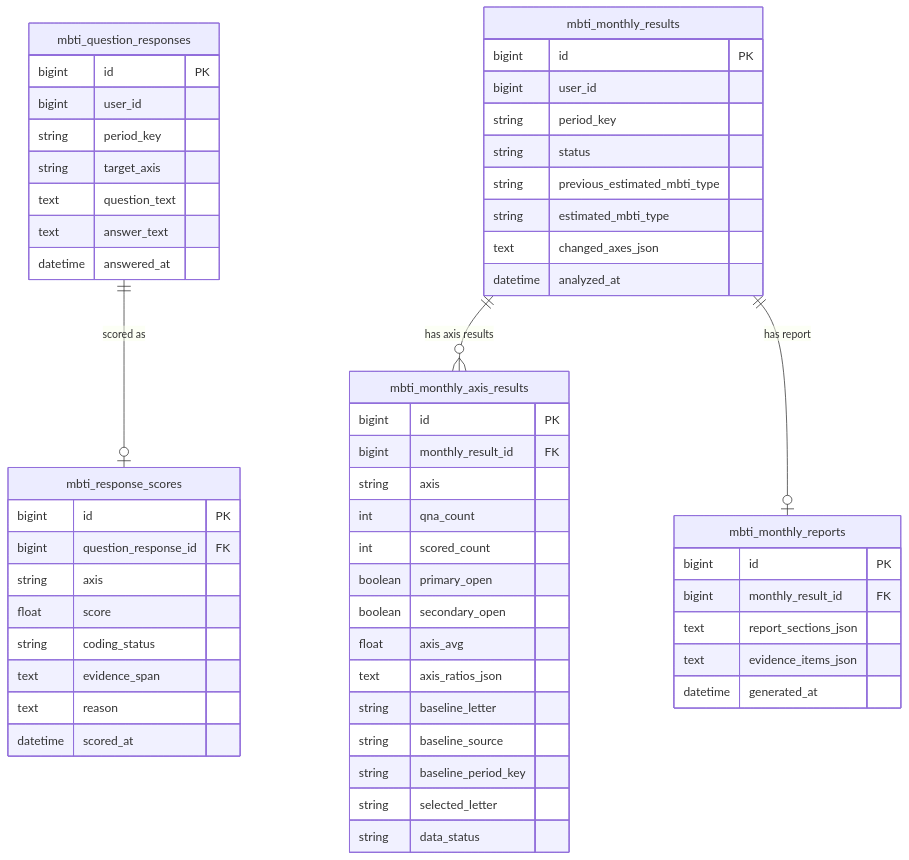
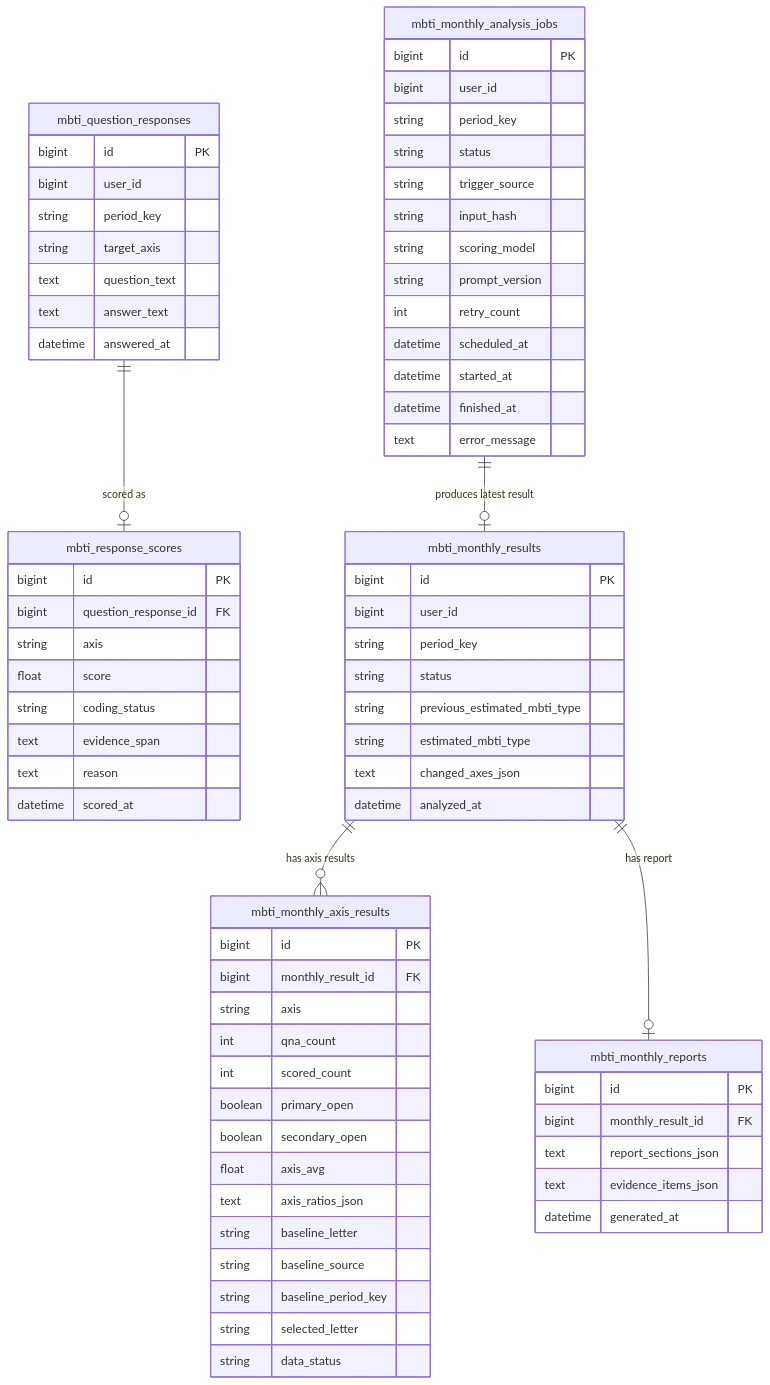
Before and after one commit to SKNETWORKS-FAMILY-AICAMP/SKN27-FINAL-4Team: the third of 13 diagrams in docs/한재웅/MBTI_월간성향_및_취향분석_파이프라인_보고서_2안_2번흐름도_selected_letter_리포트직결_양방향반영.md, drawn with Mermaid. The commit also changed other lines of this file and 73 other files, not shown here.

````diff
--- a/docs/한재웅/MBTI_월간성향_및_취향분석_파이프라인_보고서_2안_2번흐름도_selected_letter_리포트직결_양방향반영.md
+++ b/docs/한재웅/MBTI_월간성향_및_취향분석_파이프라인_보고서_2안_2번흐름도_selected_letter_리포트직결_양방향반영.md
@@ -1072,63 +1215,80 @@
 ```mermaid
 erDiagram
     mbti_question_responses {
         bigint id PK
         bigint user_id
         string period_key
         string target_axis
         text question_text
         text answer_text
         datetime answered_at
     }
 
     mbti_response_scores {
         bigint id PK
         bigint question_response_id FK
         string axis
         float score
         string coding_status
         text evidence_span
         text reason
         datetime scored_at
     }
 
     mbti_monthly_results {
         bigint id PK
         bigint user_id
         string period_key
         string status
         string previous_estimated_mbti_type
         string estimated_mbti_type
         text changed_axes_json
         datetime analyzed_at
     }
 
     mbti_monthly_axis_results {
         bigint id PK
         bigint monthly_result_id FK
         string axis
         int qna_count
         int scored_count
         boolean primary_open
         boolean secondary_open
         float axis_avg
         text axis_ratios_json
         string baseline_letter
         string baseline_source
         string baseline_period_key
         string selected_letter
         string data_status
     }
 
     mbti_monthly_reports {
         bigint id PK
         bigint monthly_result_id FK
         text report_sections_json
         text evidence_items_json
         datetime generated_at
     }
 
+    mbti_monthly_analysis_jobs {
+        bigint id PK
+        bigint user_id
+        string period_key
+        string status
+        string trigger_source
+        string input_hash
+        string scoring_model
+        string prompt_version
+        int retry_count
+        datetime scheduled_at
+        datetime started_at
+        datetime finished_at
+        text error_message
+    }
+
     mbti_question_responses ||--o| mbti_response_scores : "scored as"
+    mbti_monthly_analysis_jobs ||--o| mbti_monthly_results : "produces latest result"
     mbti_monthly_results ||--o{ mbti_monthly_axis_results : "has axis results"
     mbti_monthly_results ||--o| mbti_monthly_reports : "has report"
 ```
````
